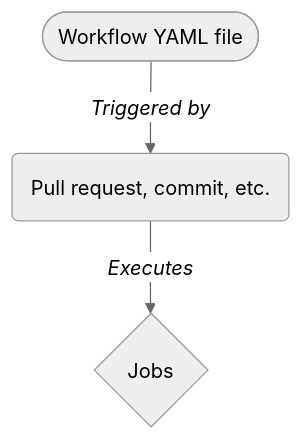
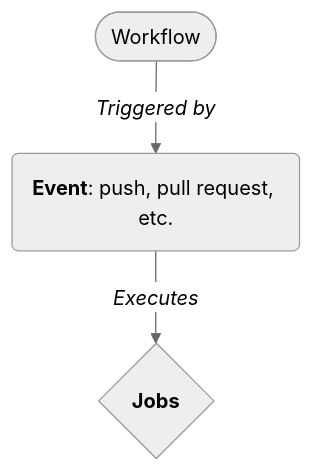
The second of 8 diagrams in gha.qmd (mjfrigaard/shiny-app-pkgs), drawn with Mermaid before and after one commit. The commit also changed other lines of this file and 8 other files, not shown here.

````diff
--- a/gha.qmd
+++ b/gha.qmd
@@ -156,8 +150,8 @@
 ```{mermaid}
 %%| fig-align: center
 %%{init: {'theme': 'neutral', 'themeVariables': { 'fontFamily': 'monospace', "fontSize":"16px"}}}%%
-flowchart TD
-  workflow(["Workflow YAML file"]) -->|"<em>Triggered by<em>"| event("Pull request, commit, etc.")
+flowchart 
+  workflow(["Workflow"]) -->|"<em>Triggered by<em>"| event("<strong>Event</strong>: push, pull request, etc.")
 
-  event --> |"<em>Executes</em>"| Jobs{"Jobs"}
+  event --> |"<em>Executes</em>"| Jobs{"<strong>Jobs</strong>"}
 ```
````
